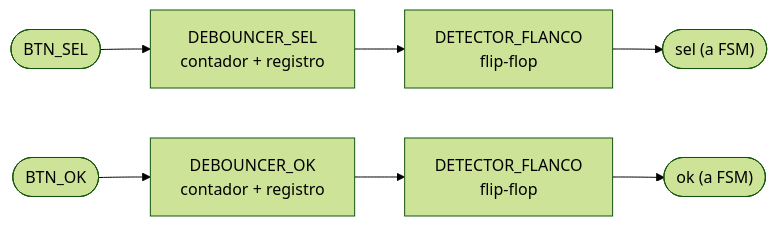
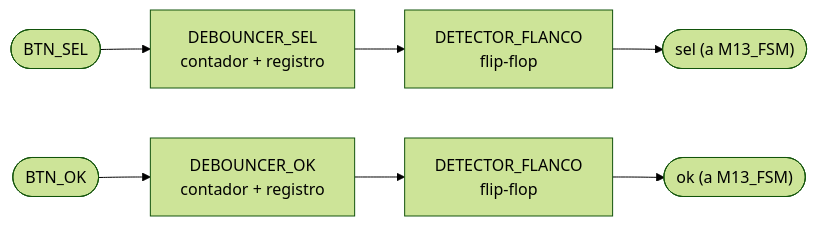
One commit to Taller-de-diseno-digital-GR01/Proyecto-2-Ahorcado changed the tenth of 14 diagrams in docs/diseño/diagramas/nivel03.md. Above: the diagram before and after it, drawn with Mermaid (forest theme). The commit also changed other lines of this file and 1 other file, not shown here.

Commit message:
nivel03: agregar M13_FSM, los demas modulos ahora decodifican state

````diff
--- a/docs/diseño/diagramas/nivel03.md
+++ b/docs/diseño/diagramas/nivel03.md
@@ -396,9 +435,9 @@
 ```mermaid
 flowchart LR
     IN_SEL(["BTN_SEL"]) --> DEB1["DEBOUNCER_SEL<br/>contador + registro"]
     DEB1 --> EDGE1["DETECTOR_FLANCO<br/>flip-flop"]
-    EDGE1 --> OUT_SEL(["sel (a FSM)"])
+    EDGE1 --> OUT_SEL(["sel (a M13_FSM)"])
     IN_OK(["BTN_OK"]) --> DEB2["DEBOUNCER_OK<br/>contador + registro"]
     DEB2 --> EDGE2["DETECTOR_FLANCO<br/>flip-flop"]
-    EDGE2 --> OUT_OK(["ok (a FSM)"])
+    EDGE2 --> OUT_OK(["ok (a M13_FSM)"])
 ```
````
